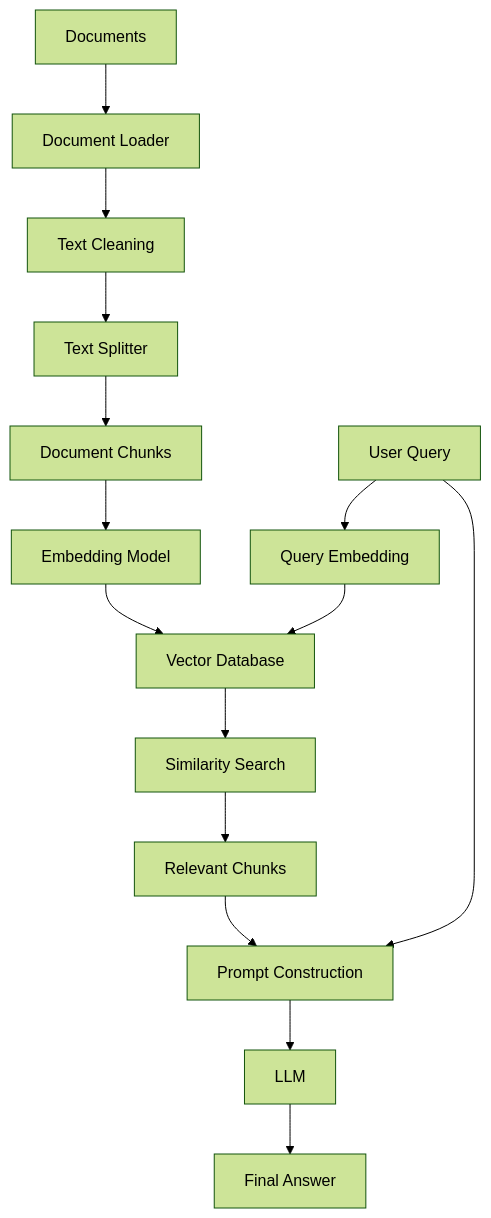
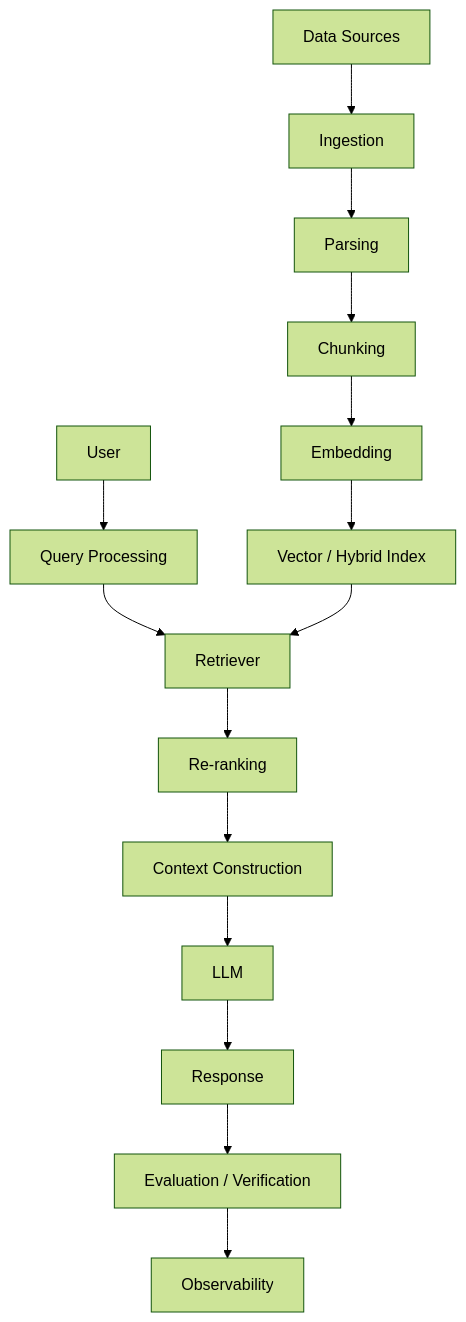
One commit to SubhasishElixor-HQ/Learn-RAG changed the ninth of 9 diagrams in README.md. Above: the diagram before and after it, drawn with Mermaid (forest theme). The commit also changed other lines of this file, not shown here.

````diff
--- a/README.md
+++ b/README.md
@@ -81,31 +1422,27 @@
 ```mermaid
-flowchart TD
+flowchart TB
 
-    A[Documents] --> B[Document Loader]
+A[Data Sources]
+--> B[Ingestion]
 
-    B --> C[Text Cleaning]
+B --> C[Parsing]
+C --> D[Chunking]
+D --> E[Embedding]
+E --> F[Vector / Hybrid Index]
 
-    C --> D[Text Splitter]
+G[User]
+--> H[Query Processing]
 
-    D --> E[Document Chunks]
+H --> I[Retriever]
+F --> I
 
-    E --> F[Embedding Model]
+I --> J[Re-ranking]
+J --> K[Context Construction]
 
-    F --> G[Vector Database]
+K --> L[LLM]
+L --> M[Response]
 
-    H[User Query] --> I[Query Embedding]
+M --> N[Evaluation / Verification]
 
-    I --> G
-
-    G --> J[Similarity Search]
-
-    J --> K[Relevant Chunks]
-
-    K --> L[Prompt Construction]
-
-    H --> L
-
-    L --> M[LLM]
-
-    M --> N[Final Answer]
+N --> O[Observability]
 ```
````
